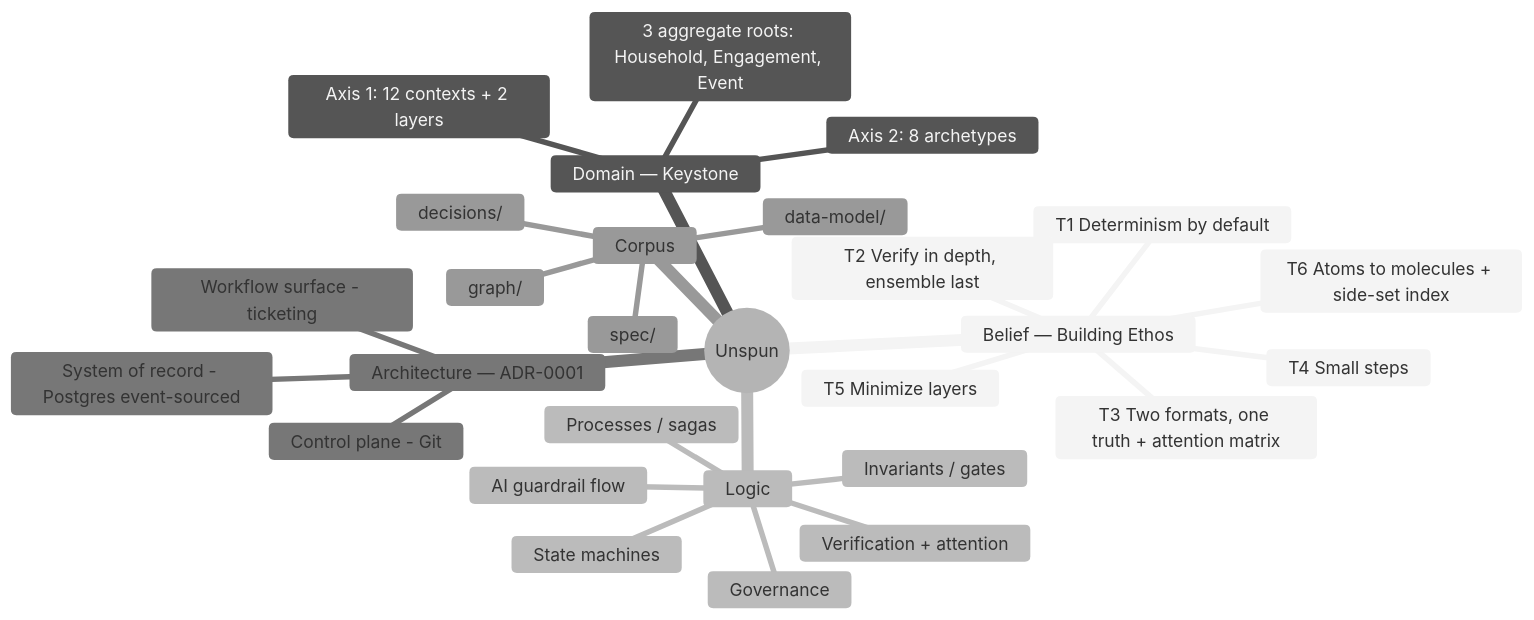
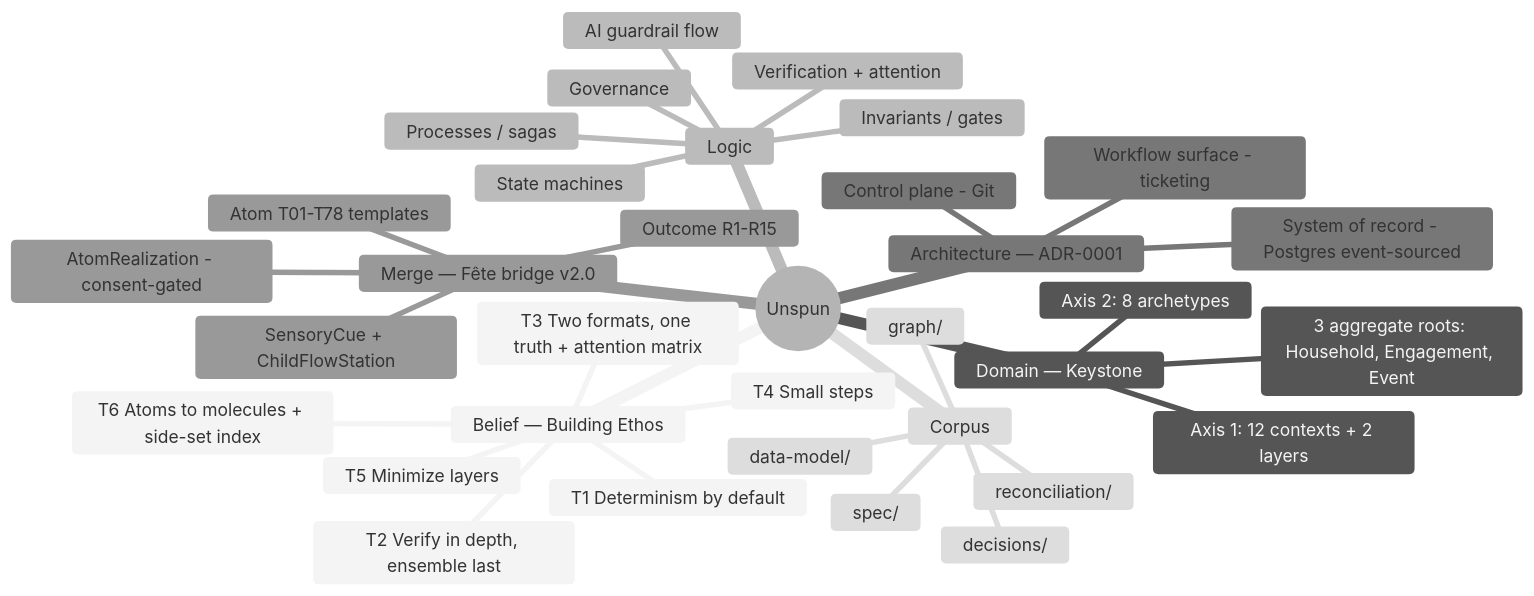
The diagram in docs/graph/system-tree.md (Shane-Burns-Dot-US/Unspun), drawn with Mermaid (neutral theme) before and after one commit. The commit also changed other lines of this file and 4 other files, not shown here.

First line of the commit message:
Update KG + system tree to v2.0 (merge bridge) with version numbers

````diff
--- a/docs/graph/system-tree.md
+++ b/docs/graph/system-tree.md
@@ -10,31 +13,37 @@
 ```mermaid
 mindmap
   root((Unspun))
     Belief — Building Ethos
       T1 Determinism by default
       T2 Verify in depth, ensemble last
       T3 Two formats, one truth + attention matrix
       T4 Small steps
       T5 Minimize layers
       T6 Atoms to molecules + side-set index
     Domain — Keystone
       Axis 1: 12 contexts + 2 layers
       Axis 2: 8 archetypes
       3 aggregate roots: Household, Engagement, Event
     Logic
       State machines
       Invariants / gates
       Processes / sagas
       Governance
       AI guardrail flow
       Verification + attention
     Architecture — ADR-0001
       Control plane - Git
       System of record - Postgres event-sourced
       Workflow surface - ticketing
+    Merge — Fête bridge v2.0
+      Atom T01-T78 templates
+      Outcome R1-R15
+      AtomRealization - consent-gated
+      SensoryCue + ChildFlowStation
     Corpus
       spec/
       data-model/
       decisions/
       graph/
+      reconciliation/
 ```
````
